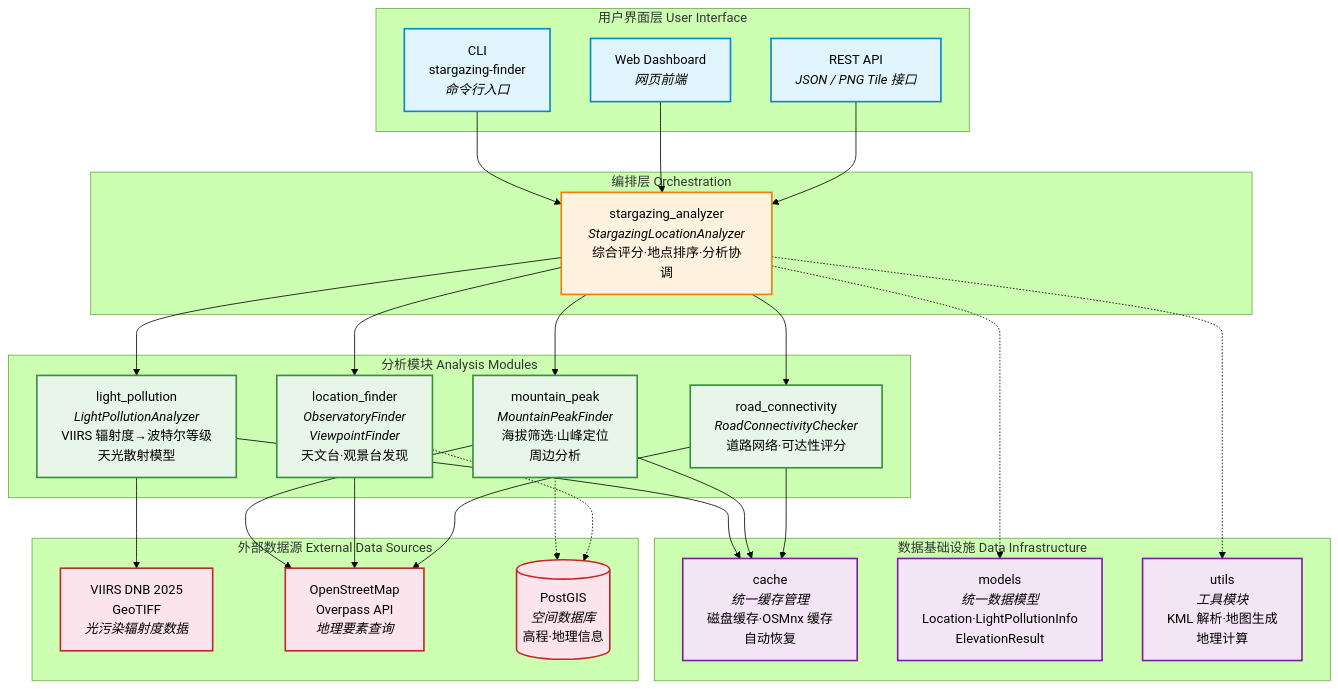
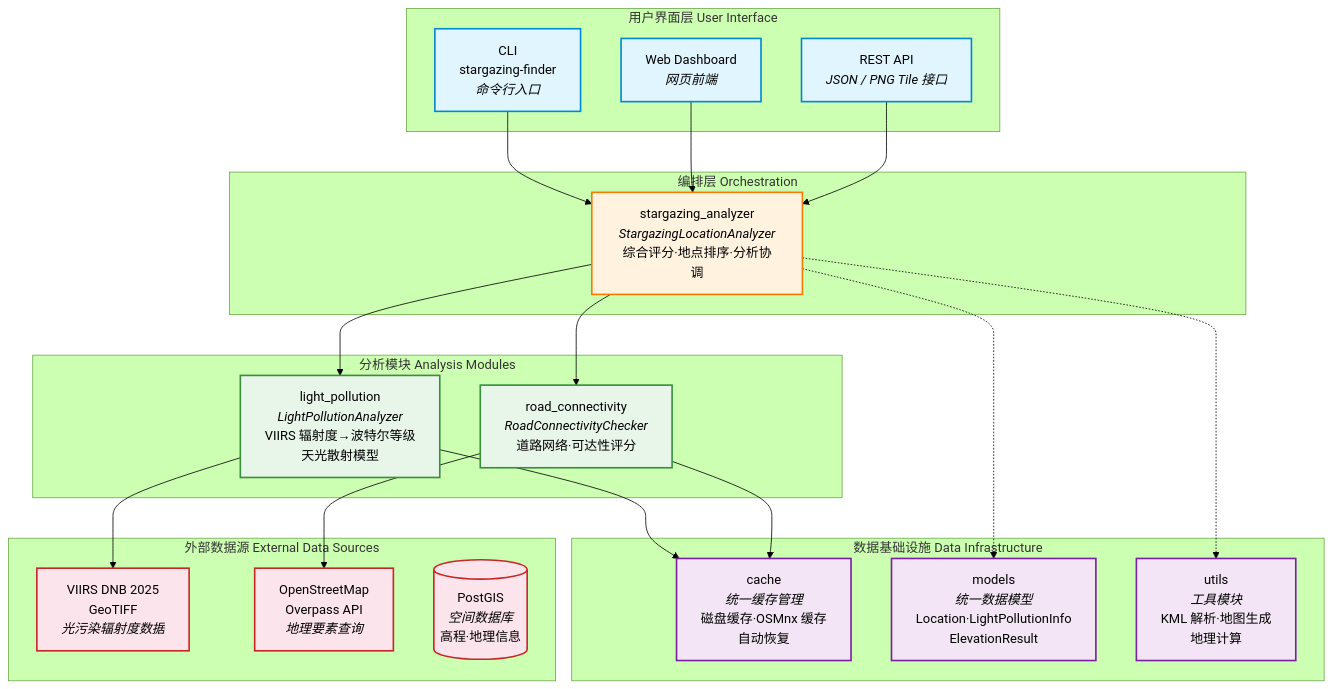
One commit to StarGazer1995/stargazing-place-finder changed the first of 2 diagrams in README.md. Above: the diagram before and after it, drawn with Mermaid (forest theme). The commit also changed other lines of this file and 13 other files, not shown here.

First line of the commit message:
refactor: remove empty location_finder and mountain_peak packages (#26)

````diff
--- a/README.md
+++ b/README.md
@@ -23,75 +23,66 @@
 ```mermaid
 graph TB
     %% 样式定义
     classDef ui fill:#e1f5fe,stroke:#0288d1,stroke-width:2px
     classDef orchestration fill:#fff3e0,stroke:#f57c00,stroke-width:2px
     classDef analysis fill:#e8f5e9,stroke:#388e3c,stroke-width:2px
     classDef infra fill:#f3e5f5,stroke:#7b1fa2,stroke-width:2px
     classDef external fill:#fce4ec,stroke:#c62828,stroke-width:2px
 
     %% 用户界面层
     subgraph UI["用户界面层 User Interface"]
         CLI["CLI<br/>stargazing-finder<br/><i>命令行入口</i>"]
         Web["Web Dashboard<br/><i>网页前端</i>"]
         API["REST API<br/><i>JSON / PNG Tile 接口</i>"]
     end
 
     %% 编排层
     subgraph ORCH["编排层 Orchestration"]
         SA["stargazing_analyzer<br/><i>StargazingLocationAnalyzer</i><br/>综合评分·地点排序·分析协调"]
     end
 
     %% 分析模块
     subgraph MOD["分析模块 Analysis Modules"]
         LP["light_pollution<br/><i>LightPollutionAnalyzer</i><br/>VIIRS 辐射度→波特尔等级<br/>天光散射模型"]
-        MP["mountain_peak<br/><i>MountainPeakFinder</i><br/>海拔筛选·山峰定位<br/>周边分析"]
-        LF["location_finder<br/><i>ObservatoryFinder<br/>ViewpointFinder</i><br/>天文台·观景台发现"]
         RC["road_connectivity<br/><i>RoadConnectivityChecker</i><br/>道路网络·可达性评分"]
     end
 
     %% 数据基础设施
     subgraph INFRA["数据基础设施 Data Infrastructure"]
         Cache["cache<br/><i>统一缓存管理</i><br/>磁盘缓存·OSMnx 缓存<br/>自动恢复"]
         Models["models<br/><i>统一数据模型</i><br/>Location·LightPollutionInfo<br/>ElevationResult"]
         Utils["utils<br/><i>工具模块</i><br/>KML 解析·地图生成<br/>地理计算"]
     end
 
     %% 外部数据源
     subgraph EXT["外部数据源 External Data Sources"]
         VIIRS["VIIRS DNB 2025<br/>GeoTIFF<br/><i>光污染辐射度数据</i>"]
         OSM["OpenStreetMap<br/>Overpass API<br/><i>地理要素查询</i>"]
         PG[("PostGIS<br/><i>空间数据库</i><br/>高程·地理信息")]
     end
 
     %% 连接线
     CLI --> SA
     Web --> SA
     API --> SA
 
     SA --> LP
-    SA --> MP
-    SA --> LF
     SA --> RC
 
     LP --> VIIRS
-    MP --> OSM
-    LF --> OSM
     RC --> OSM
 
-    MP -.-> PG
-    LF -.-> PG
 
     LP --> Cache
-    MP --> Cache
     RC --> Cache
 
     SA -.-> Models
     SA -.-> Utils
 
     %% 应用样式
     class CLI,Web,API ui
     class SA orchestration
-    class LP,MP,LF,RC analysis
+    class LP,RC analysis
     class Cache,Models,Utils infra
     class VIIRS,OSM,PG external
 ```
````
